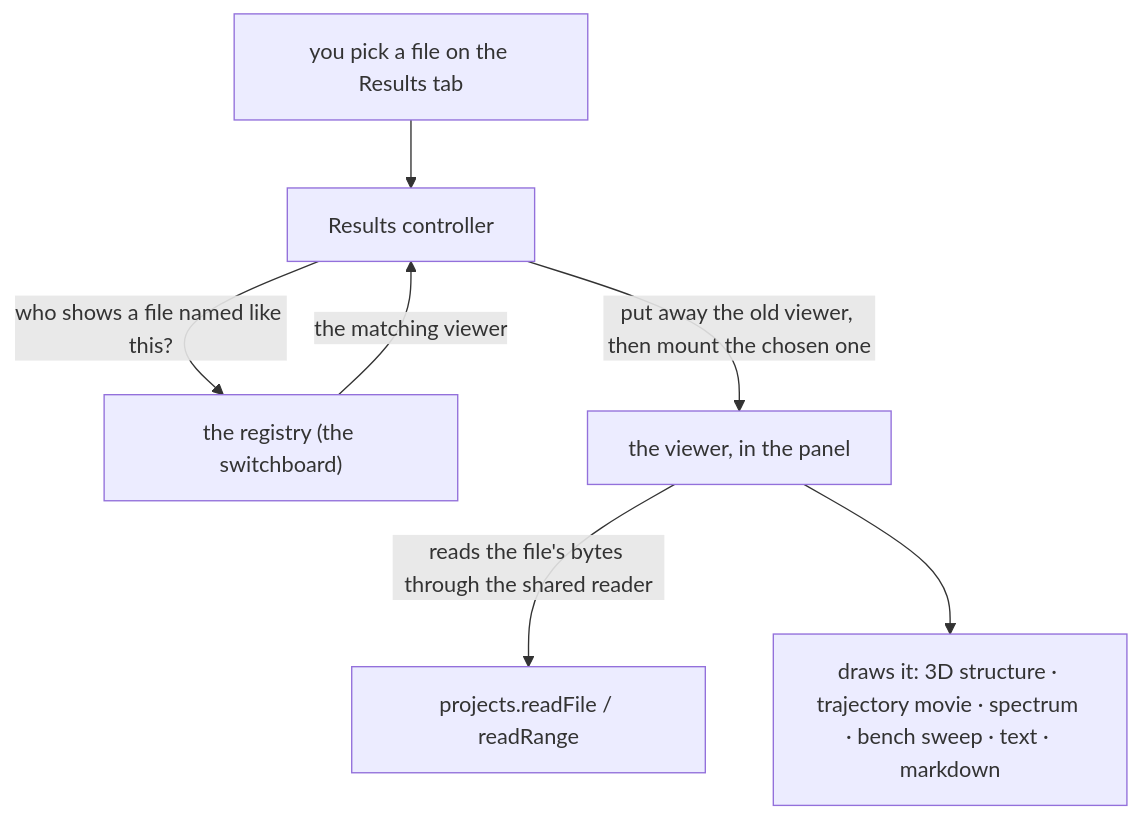
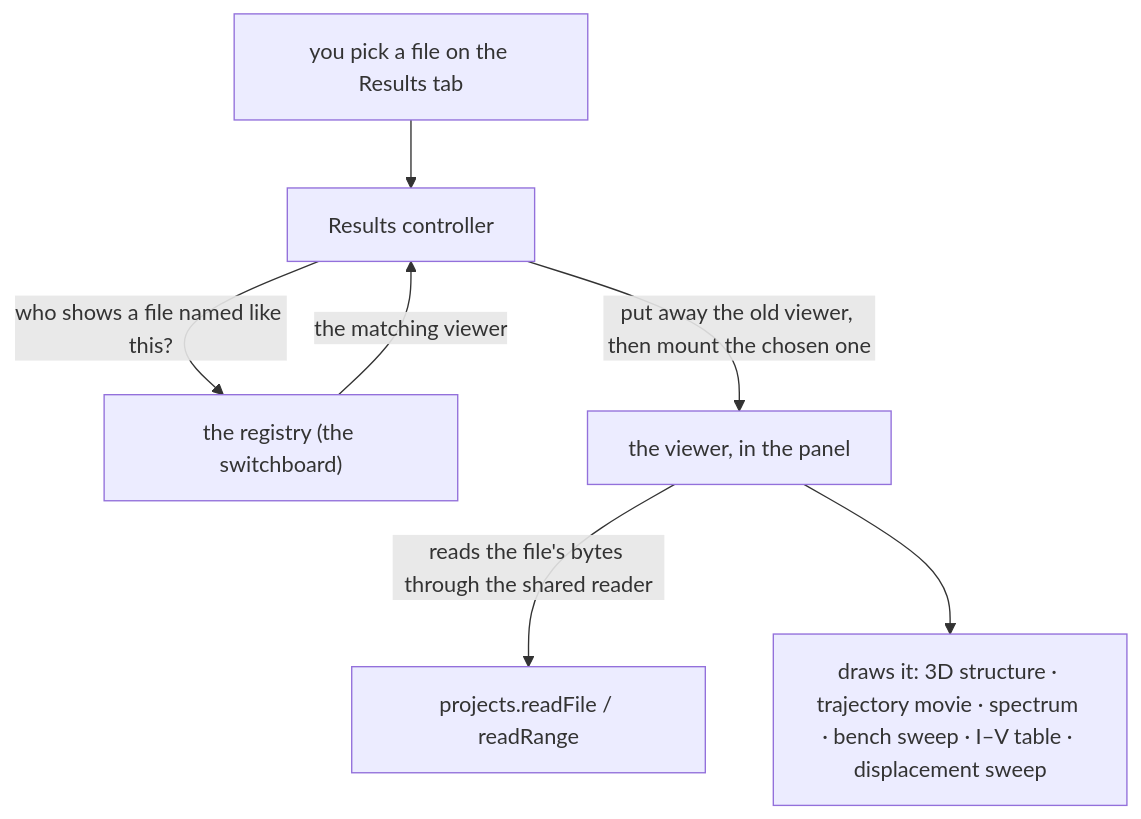
The diagram in docs/web/presenters.md (Qing-LAB/molbuilder), drawn with Mermaid before and after one commit. The commit also changed other lines of this file and 58 other files, not shown here.

````diff
--- a/docs/web/presenters.md
+++ b/docs/web/presenters.md
@@ -161,9 +162,9 @@
 ```mermaid
 flowchart TB
     U["you pick a file on the Results tab"] --> CTRL["Results controller"]
     CTRL -->|"who shows a file named like this?"| REG["the registry (the switchboard)"]
     REG -->|"the matching viewer"| CTRL
     CTRL -->|"put away the old viewer, then mount the chosen one"| PANEL["the viewer, in the panel"]
     PANEL -->|"reads the file's bytes through the shared reader"| PROJ["projects.readFile / readRange"]
-    PANEL --> OUT["draws it: 3D structure · trajectory movie · spectrum · bench sweep · text · markdown"]
+    PANEL --> OUT["draws it: 3D structure · trajectory movie · spectrum · bench sweep · I–V table · displacement sweep"]
 ```
````
